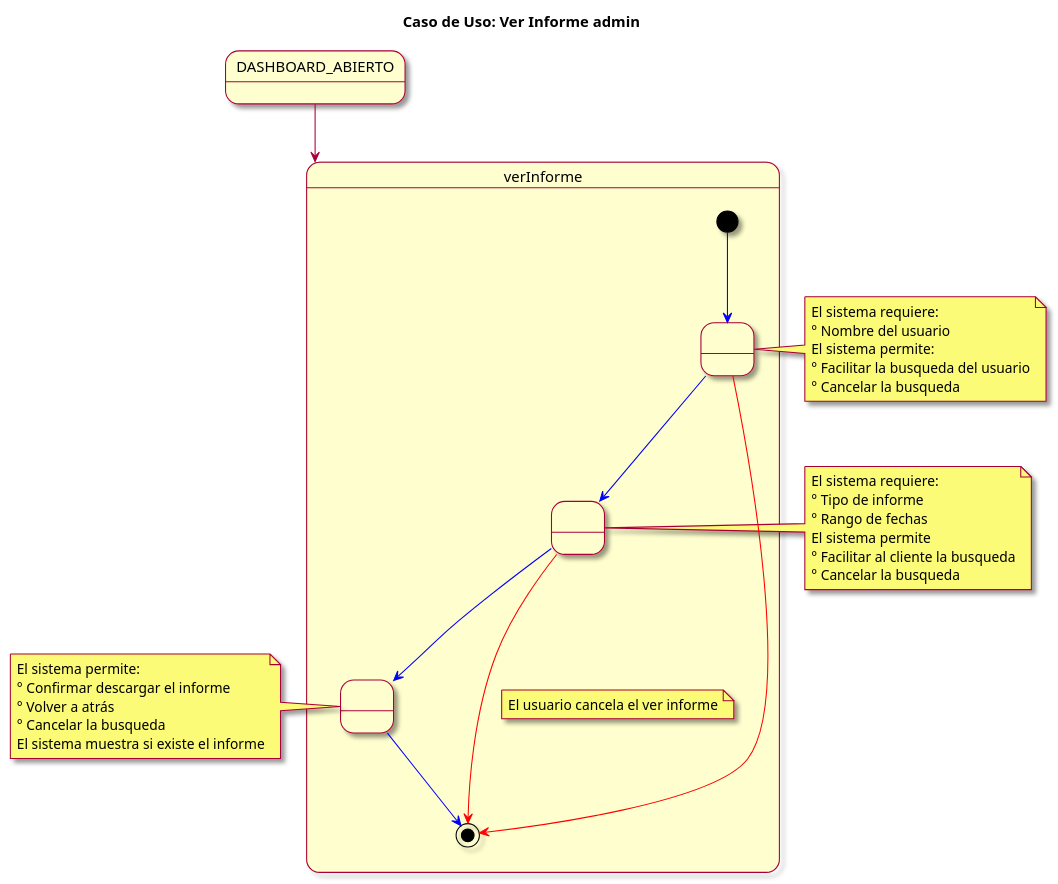
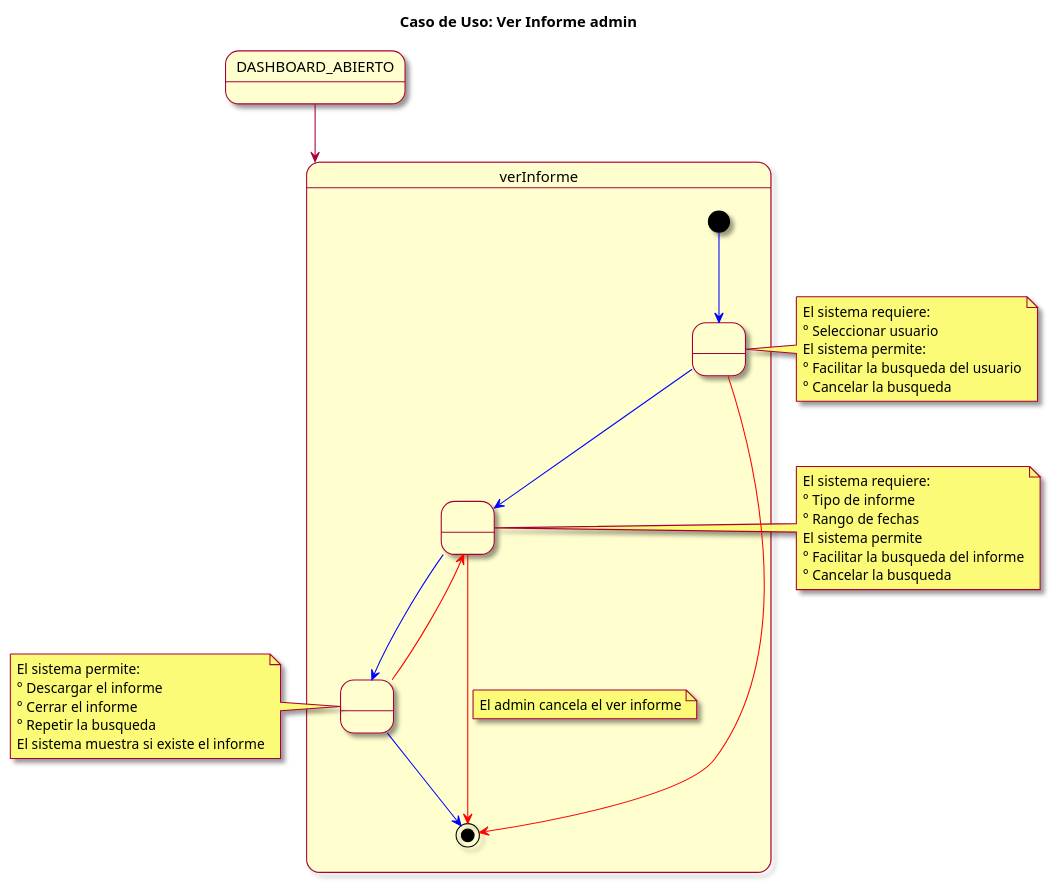
One commit to mmasias/23-24-IdSw1-SDR changed the diagram in modelosUML/casosDeUso/detalles/verInformeAdmin.puml. Above: the diagram before and after it, drawn with PlantUML.

Commit message:
actualizacion-del-detalle-de-caso-de-uso-ver-informe-admin

```diff
--- a/modelosUML/casosDeUso/detalles/verInformeAdmin.puml
+++ b/modelosUML/casosDeUso/detalles/verInformeAdmin.puml
@@ -1,47 +1,48 @@
 @startuml descripción CDU informe
 
 skin rose
 title Caso de Uso: Ver Informe admin
 
 state DASHBOARD_ABIERTO
 
 DASHBOARD_ABIERTO --> verInforme
 
 state verInforme {
   [*] -[#blue]-> seleccionarUsuario
   state " " as seleccionarUsuario
-  seleccionarUsuario -[#blue]-> inicioInforme
+  seleccionarUsuario -[#blue]-> tipoInforme
   seleccionarUsuario -[#red]-> [*]
-  state " " as inicioInforme
-  inicioInforme -[#blue]-> mostrarInforme
+  state " " as tipoInforme
+  tipoInforme -[#blue]-> mostrarInforme
   state " " as mostrarInforme
+  mostrarInforme -up[#red]-> tipoInforme
   mostrarInforme  -[#blue]-> [*]
-  inicioInforme -[#red]-> [*]
-  note on link: El usuario cancela el ver informe
+  tipoInforme -[#red]-> [*]
+  note on link: El admin cancela el ver informe
 }
 note left of mostrarInforme
   El sistema permite:
-  ° Confirmar descargar el informe
-  ° Volver a atrás
-  ° Cancelar la busqueda
+  ° Descargar el informe
+  ° Cerrar el informe
+  ° Repetir la busqueda
   El sistema muestra si existe el informe
 end note
 
-note left of inicioInforme
+note left of tipoInforme
   El sistema requiere:
   ° Tipo de informe
   ° Rango de fechas
   El sistema permite
-  ° Facilitar al cliente la busqueda
+  ° Facilitar la busqueda del informe
   ° Cancelar la busqueda
 end note
 
 note right of seleccionarUsuario
- El sistema requiere:
- ° Nombre del usuario
- El sistema permite:
- ° Facilitar la busqueda del usuario
- ° Cancelar la busqueda
+  El sistema requiere:
+  ° Seleccionar usuario
+  El sistema permite:
+  ° Facilitar la busqueda del usuario
+  ° Cancelar la busqueda
 end note
 
 @enduml
```
